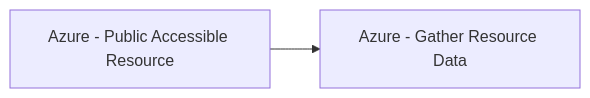
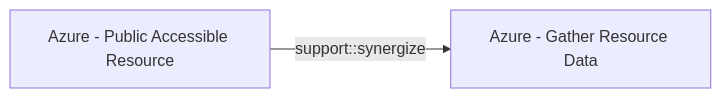
Before and after one commit to opentidehq/library: the diagram in docs/threats/azure-public-accessible-resource.md, drawn with Mermaid. The commit also changed other lines of this file and 277 other files, not shown here.

````diff
--- a/docs/threats/azure-public-accessible-resource.md
+++ b/docs/threats/azure-public-accessible-resource.md
@@ -58,6 +90,6 @@
 ```mermaid
 flowchart LR
 9b41d6cf_de4d_44d1_97cc_f3671f4ee5ab["Azure - Public Accessible Resource"]
 b1593e0b_1b3b_462d_9ab6_21d1c136469d["Azure - Gather Resource Data"]
-9b41d6cf_de4d_44d1_97cc_f3671f4ee5ab --> b1593e0b_1b3b_462d_9ab6_21d1c136469d
+9b41d6cf_de4d_44d1_97cc_f3671f4ee5ab -->|support::synergize| b1593e0b_1b3b_462d_9ab6_21d1c136469d
 ```
````
